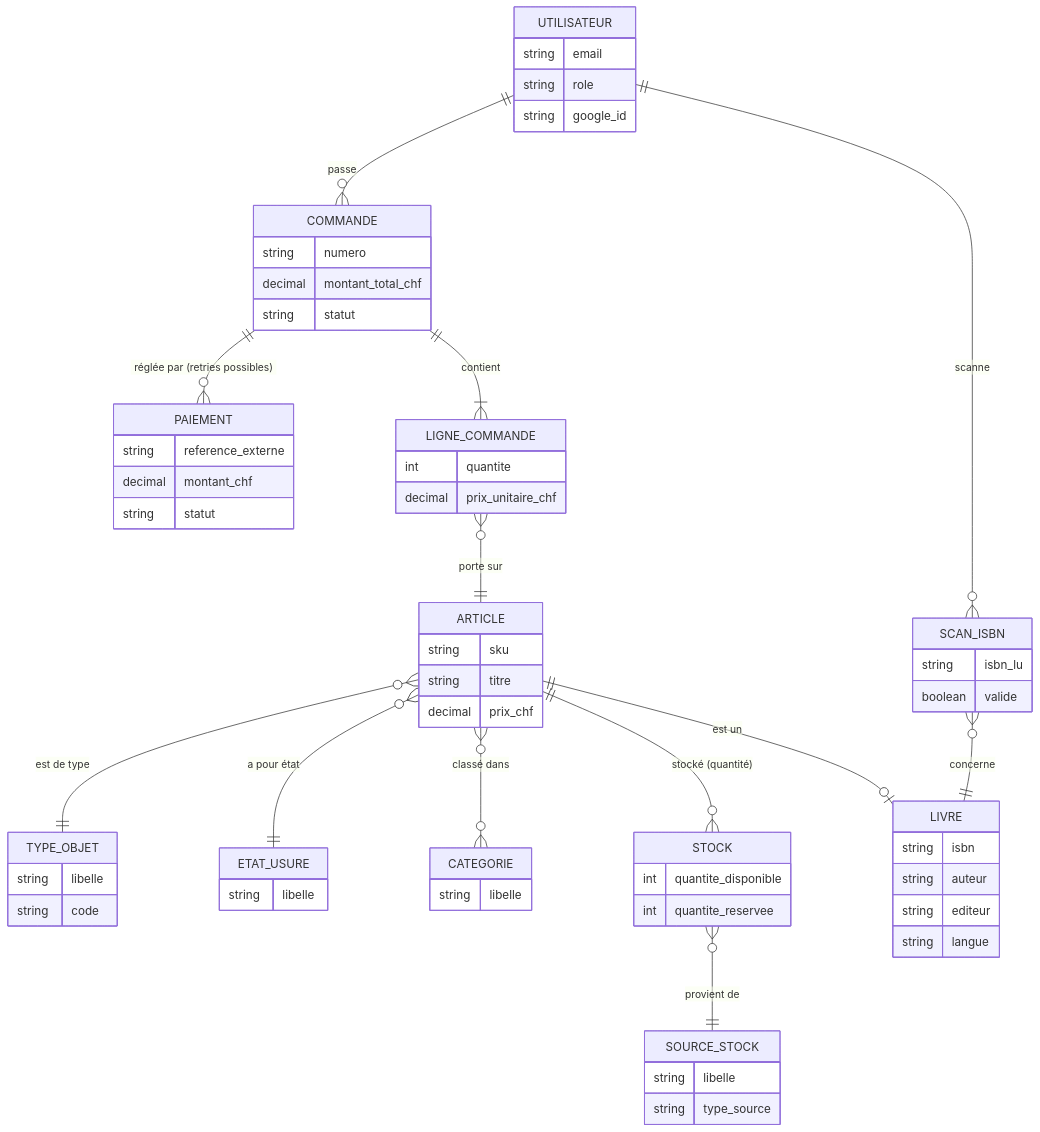
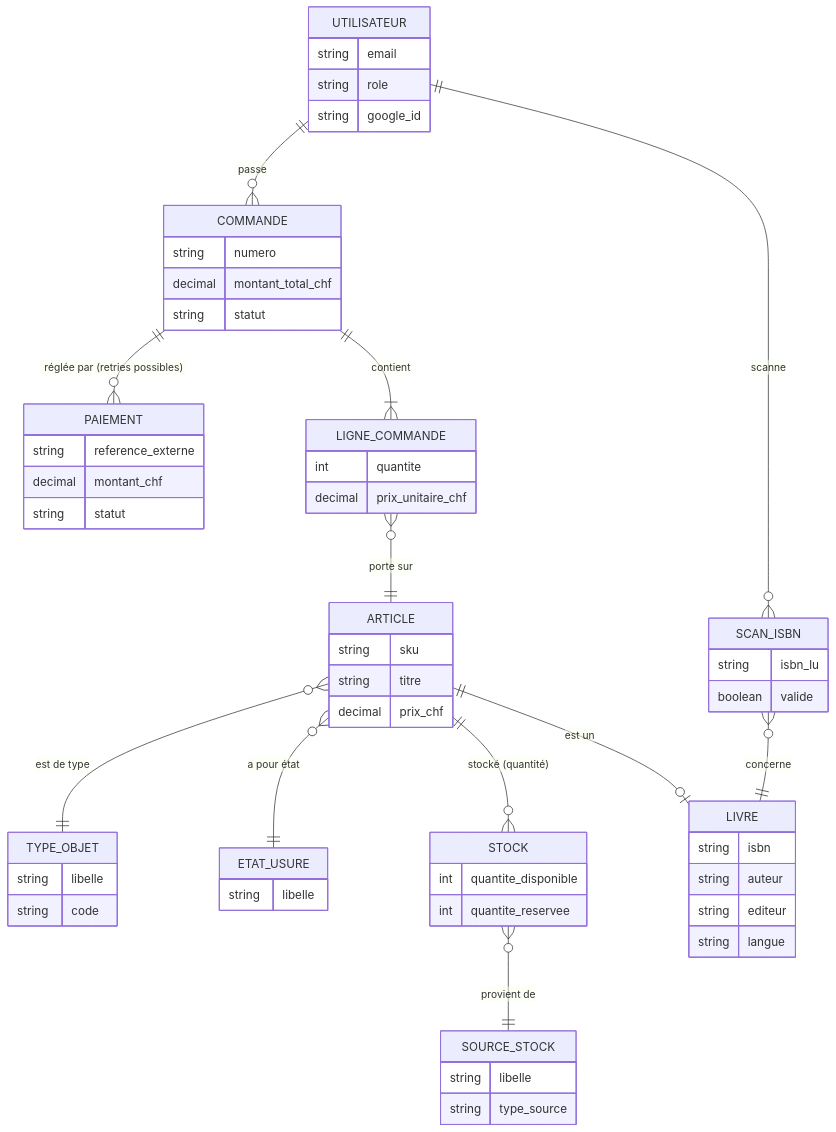
The diagram in diagrams/mcd.mmd (Visualstudiocodetest/caribooks), drawn with Mermaid before and after one commit. The commit also changed 78 other files, not shown here.

```diff
--- a/diagrams/mcd.mmd
+++ b/diagrams/mcd.mmd
@@ -1,27 +1,25 @@
 %% Modèle Conceptuel de Données (MCD) — CARIBOOKS
 erDiagram
     ARTICLE }o--|| TYPE_OBJET : "est de type"
     ARTICLE }o--|| ETAT_USURE : "a pour état"
-    ARTICLE }o--o{ CATEGORIE : "classé dans"
     ARTICLE ||--o{ STOCK : "stocké (quantité)"
     STOCK }o--|| SOURCE_STOCK : "provient de"
     ARTICLE ||--o| LIVRE : "est un"
     UTILISATEUR ||--o{ COMMANDE : "passe"
     COMMANDE ||--o{ PAIEMENT : "réglée par (retries possibles)"
     COMMANDE ||--|{ LIGNE_COMMANDE : "contient"
     LIGNE_COMMANDE }o--|| ARTICLE : "porte sur"
     UTILISATEUR ||--o{ SCAN_ISBN : "scanne"
     SCAN_ISBN }o--|| LIVRE : "concerne"
 
     TYPE_OBJET { string libelle string code }
     ETAT_USURE { string libelle }
-    CATEGORIE { string libelle }
     SOURCE_STOCK { string libelle string type_source }
     ARTICLE { string sku string titre decimal prix_chf }
     LIVRE { string isbn string auteur string editeur string langue }
     STOCK { int quantite_disponible int quantite_reservee }
     UTILISATEUR { string email string role string google_id }
     COMMANDE { string numero decimal montant_total_chf string statut }
     LIGNE_COMMANDE { int quantite decimal prix_unitaire_chf }
     PAIEMENT { string reference_externe decimal montant_chf string statut }
     SCAN_ISBN { string isbn_lu boolean valide }
```
